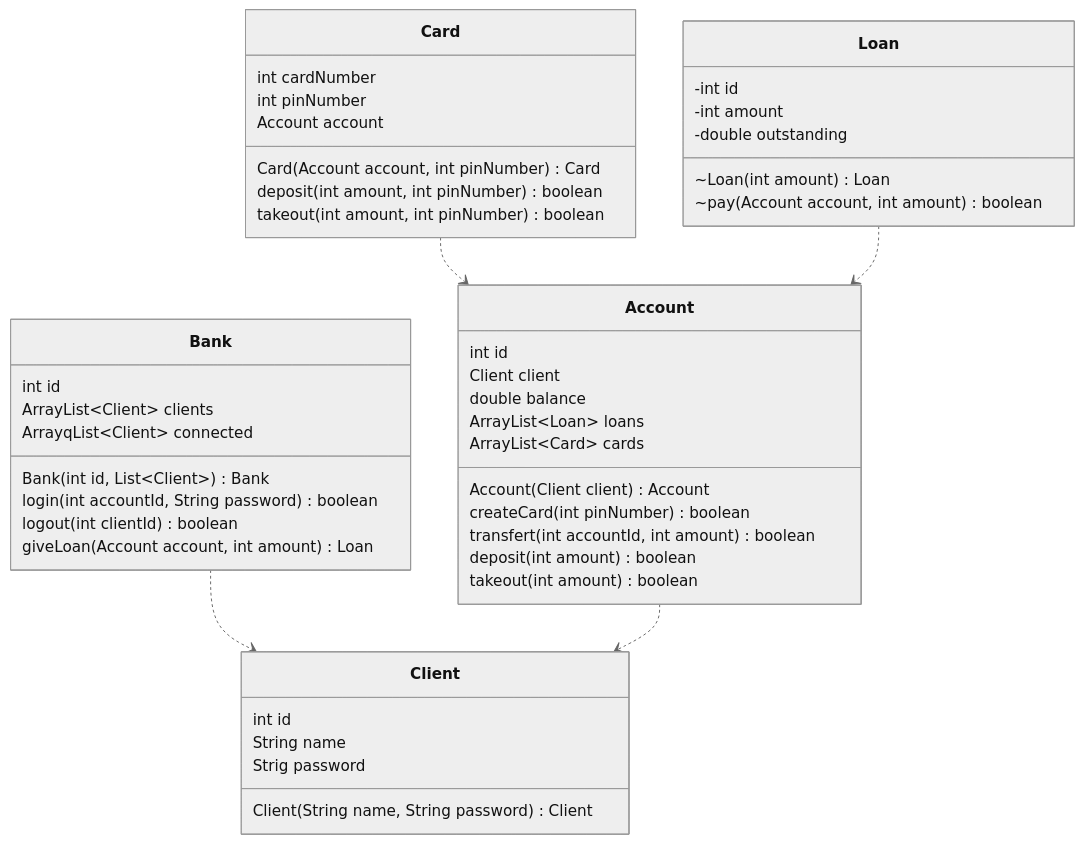
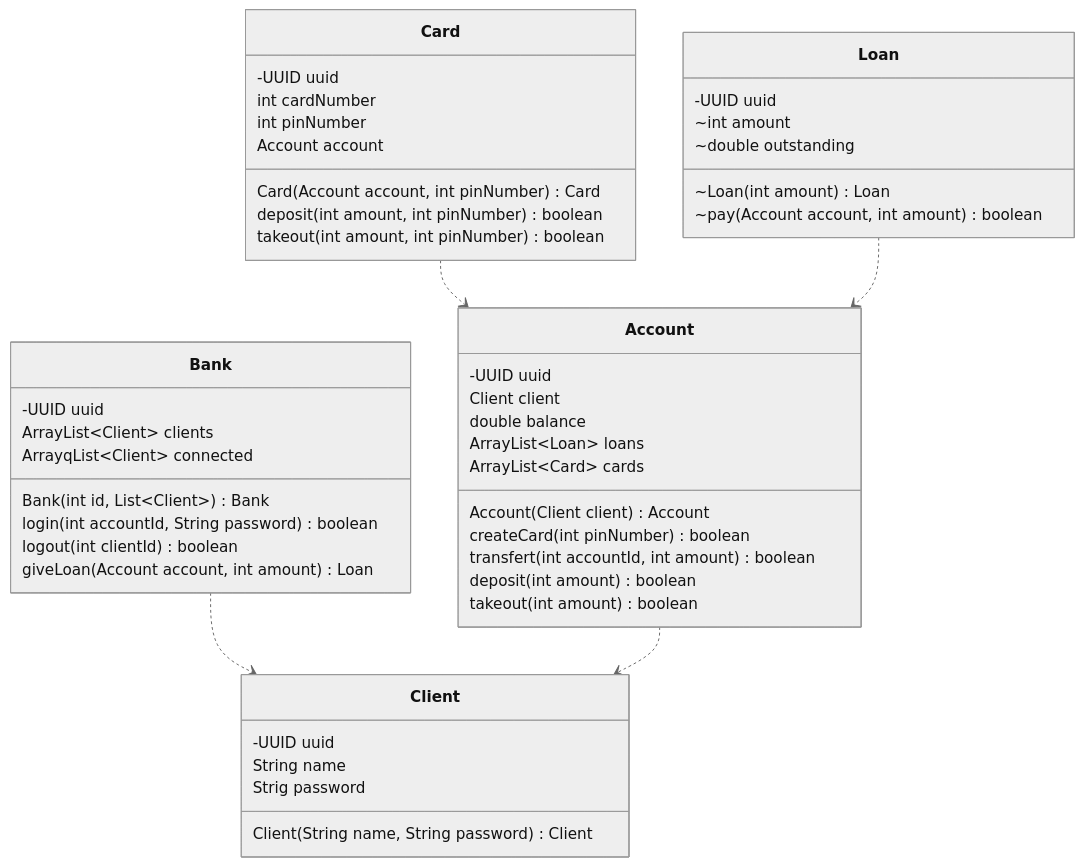
One commit to L-Clem/GitHooks changed the diagram in README.md. Above: the diagram before and after it, drawn with Mermaid (neutral theme).

````diff
--- a/README.md
+++ b/README.md
@@ -50,59 +50,60 @@
 ```mermaid
 classDiagram
     Bank ..> Client
     Account ..> Client
     Card ..> Account
     Loan ..> Account
 
     class Client{
-        int id
+        -UUID uuid
         String name
         Strig password
 
         Client(String name, String password) Client
     }
 
     class Bank{
-        int id
+        -UUID uuid
         ArrayList~Client~ clients
         ArrayqList~Client~ connected
 
         Bank(int id, List~Client~) Bank
         login(int accountId, String password) boolean
         logout(int clientId) boolean
         giveLoan(Account account, int amount) Loan
     }
 
     class Account{
-        int id
+        -UUID uuid
         Client client
         double balance
         ArrayList~Loan~ loans
         ArrayList~Card~ cards
 
         Account(Client client) Account
         createCard(int pinNumber) boolean
         transfert(int accountId, int amount) boolean
         deposit(int amount) boolean
         takeout(int amount) boolean
     }
 
     class Card{
+        -UUID uuid
         int cardNumber
         int pinNumber
         Account account
 
         Card(Account account, int pinNumber) Card
         deposit(int amount, int pinNumber) boolean
         takeout(int amount, int pinNumber) boolean
     }
 
     class Loan{
-        -int id
-        -int amount
-        -double outstanding
+        -UUID uuid
+        ~int amount
+        ~double outstanding
 
         ~Loan(int amount) Loan
         ~pay(Account account, int amount) boolean
     }
 ```
````
